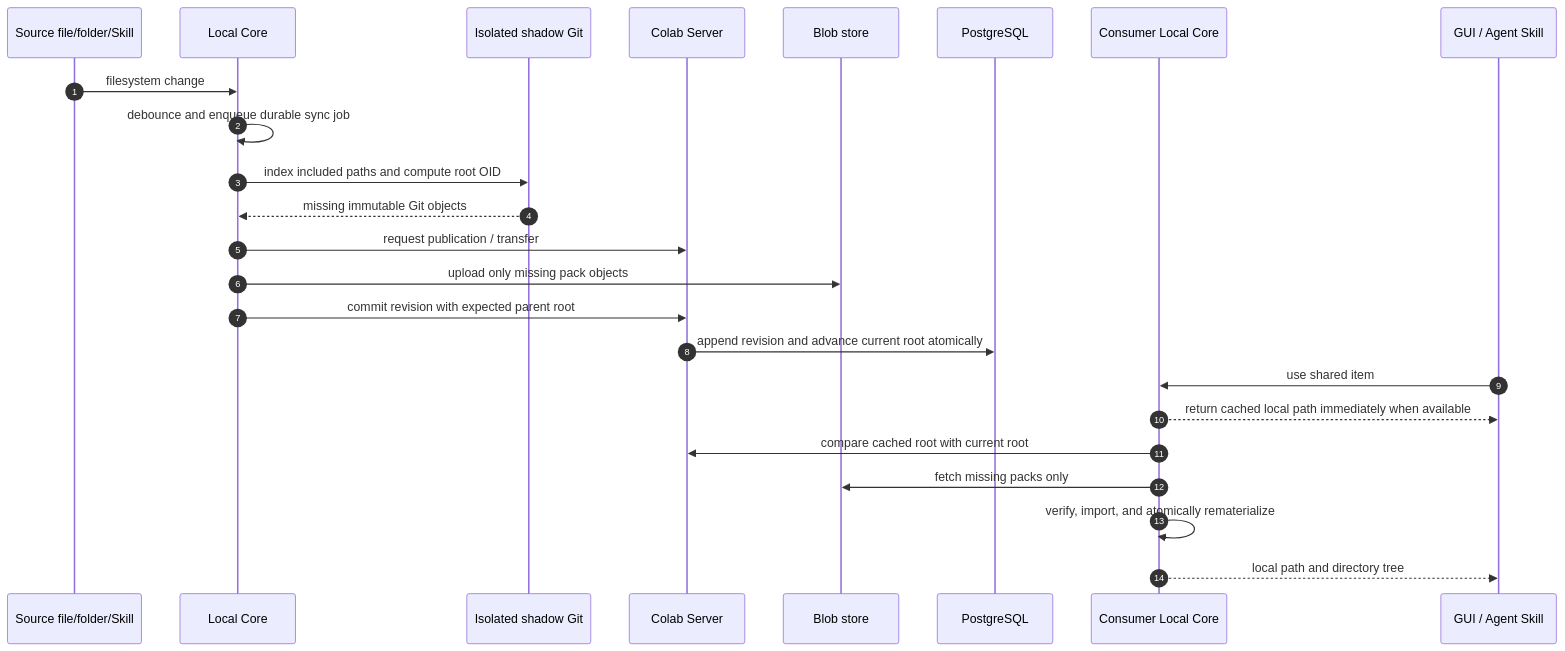
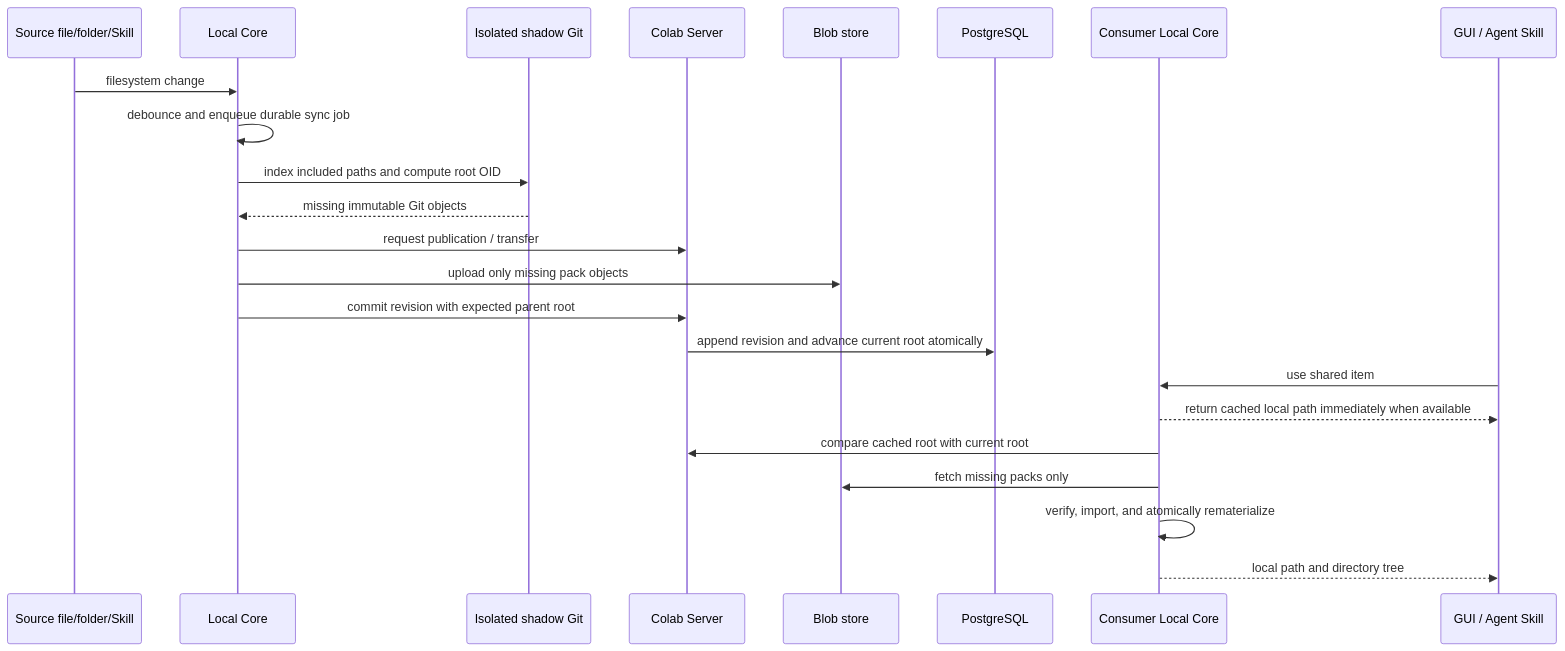
The third of 4 diagrams in README.md (kwgjjeffrey/agent-colab), drawn with Mermaid before and after one commit. The commit also changed other lines of this file, not shown here.

Commit message:
docs: use GitHub-safe Mermaid sequences

````diff
--- a/README.md
+++ b/README.md
@@ -148,28 +142,25 @@
 ```mermaid
 sequenceDiagram
-    autonumber
     participant FS as Source file/folder/Skill
     participant LC as Local Core
     participant SG as Isolated shadow Git
     participant SV as Colab Server
     participant BS as Blob store
     participant DB as PostgreSQL
     participant C as Consumer Local Core
     participant A as GUI / Agent Skill
-
     FS->>LC: filesystem change
     LC->>LC: debounce and enqueue durable sync job
     LC->>SG: index included paths and compute root OID
     SG-->>LC: missing immutable Git objects
     LC->>SV: request publication / transfer
     LC->>BS: upload only missing pack objects
     LC->>SV: commit revision with expected parent root
     SV->>DB: append revision and advance current root atomically
-
     A->>C: use shared item
     C-->>A: return cached local path immediately when available
     C->>SV: compare cached root with current root
     C->>BS: fetch missing packs only
     C->>C: verify, import, and atomically rematerialize
     C-->>A: local path and directory tree
 ```
````
